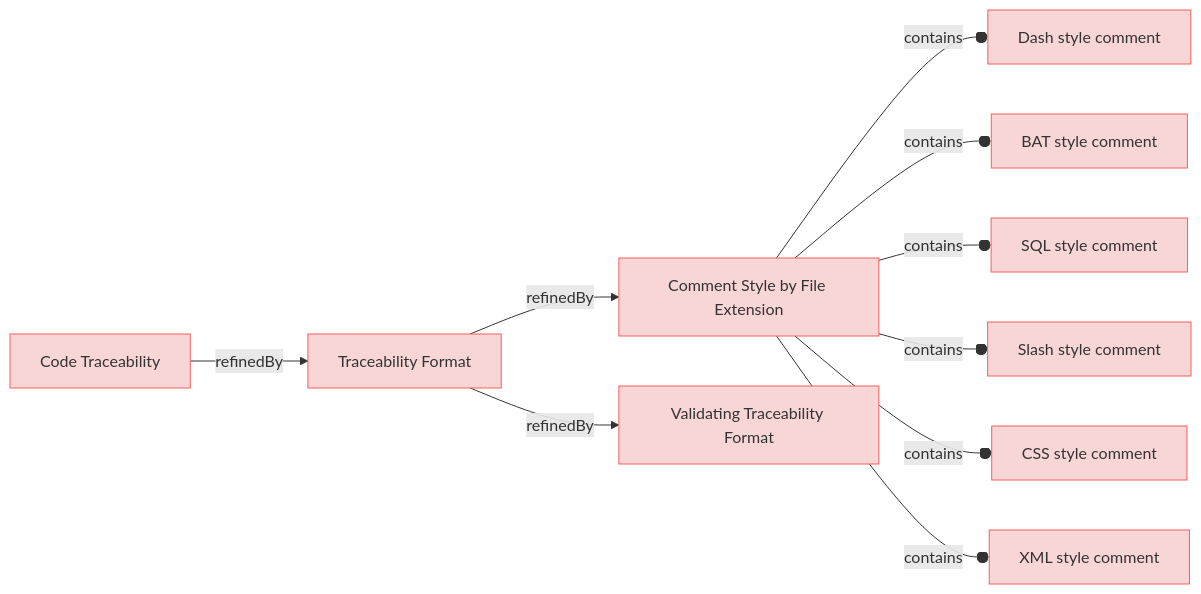
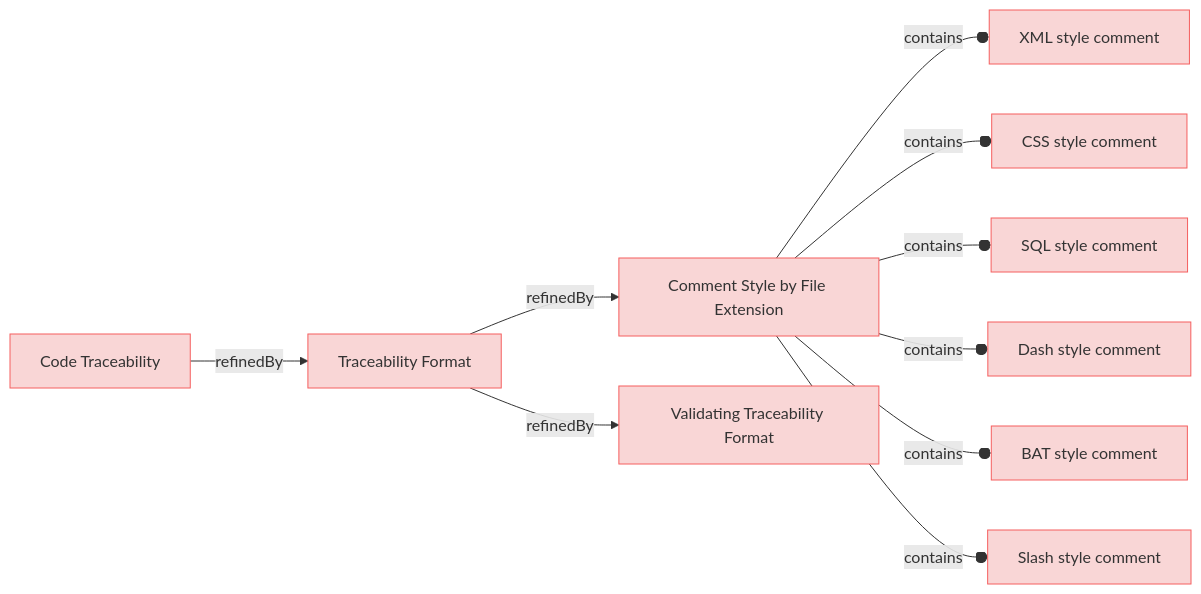
Before and after one commit to reqvire-org/reqvire: the diagram in specifications/CodeTraecabilityRequirements.md, drawn with Mermaid. The commit also changed other lines of this file and 23 other files, not shown here.

````diff
--- a/specifications/CodeTraecabilityRequirements.md
+++ b/specifications/CodeTraecabilityRequirements.md
@@ -4,48 +4,48 @@
 ```mermaid
 graph LR;
   %% Graph styling
   classDef requirement fill:#f9d6d6,stroke:#f55f5f,stroke-width:1px;
   classDef verification fill:#d6f9d6,stroke:#5fd75f,stroke-width:1px;
   classDef externalLink fill:#d0e0ff,stroke:#3080ff,stroke-width:1px;
   classDef default fill:#f5f5f5,stroke:#333333,stroke-width:1px;
 
+  f4c09ad7359812ff["Comment Style by File Extension"];
+  class f4c09ad7359812ff requirement;
+  click f4c09ad7359812ff "CodeTraecabilityRequirements.md#comment-style-by-file-extension";
+  474c97b7d0029622["XML style comment"];
+  class 474c97b7d0029622 requirement;
+  click 474c97b7d0029622 "CodeTraecabilityRequirements.md#xml-style-comment";
+  f4c09ad7359812ff --o|contains| 474c97b7d0029622;
+  a91fc474f292f1c9["CSS style comment"];
+  class a91fc474f292f1c9 requirement;
+  click a91fc474f292f1c9 "CodeTraecabilityRequirements.md#css-style-comment";
+  f4c09ad7359812ff --o|contains| a91fc474f292f1c9;
+  39fc946195c12956["SQL style comment"];
+  class 39fc946195c12956 requirement;
+  click 39fc946195c12956 "CodeTraecabilityRequirements.md#sql-style-comment";
+  f4c09ad7359812ff --o|contains| 39fc946195c12956;
   be41c3d9e39abe6f["Dash style comment"];
   class be41c3d9e39abe6f requirement;
   click be41c3d9e39abe6f "CodeTraecabilityRequirements.md#dash-style-comment";
+  f4c09ad7359812ff --o|contains| be41c3d9e39abe6f;
+  7fdde6a23819450b["BAT style comment"];
+  class 7fdde6a23819450b requirement;
+  click 7fdde6a23819450b "CodeTraecabilityRequirements.md#bat-style-comment";
+  f4c09ad7359812ff --o|contains| 7fdde6a23819450b;
+  99c4cc438042d855["Slash style comment"];
+  class 99c4cc438042d855 requirement;
+  click 99c4cc438042d855 "CodeTraecabilityRequirements.md#slash-style-comment";
+  f4c09ad7359812ff --o|contains| 99c4cc438042d855;
   9314736a59776478["Traceability Format"];
   class 9314736a59776478 requirement;
   click 9314736a59776478 "CodeTraecabilityRequirements.md#traceability-format";
-  f4c09ad7359812ff["Comment Style by File Extension"];
-  class f4c09ad7359812ff requirement;
-  click f4c09ad7359812ff "CodeTraecabilityRequirements.md#comment-style-by-file-extension";
   9314736a59776478 -->|refinedBy| f4c09ad7359812ff;
   3db41d3530e56596["Validating Traceability Format"];
   class 3db41d3530e56596 requirement;
   click 3db41d3530e56596 "CodeTraecabilityRequirements.md#validating-traceability-format";
   9314736a59776478 -->|refinedBy| 3db41d3530e56596;
-  f4c09ad7359812ff --o|contains| be41c3d9e39abe6f;
-  7fdde6a23819450b["BAT style comment"];
-  class 7fdde6a23819450b requirement;
-  click 7fdde6a23819450b "CodeTraecabilityRequirements.md#bat-style-comment";
-  f4c09ad7359812ff --o|contains| 7fdde6a23819450b;
-  39fc946195c12956["SQL style comment"];
-  class 39fc946195c12956 requirement;
-  click 39fc946195c12956 "CodeTraecabilityRequirements.md#sql-style-comment";
-  f4c09ad7359812ff --o|contains| 39fc946195c12956;
-  99c4cc438042d855["Slash style comment"];
-  class 99c4cc438042d855 requirement;
-  click 99c4cc438042d855 "CodeTraecabilityRequirements.md#slash-style-comment";
-  f4c09ad7359812ff --o|contains| 99c4cc438042d855;
-  a91fc474f292f1c9["CSS style comment"];
-  class a91fc474f292f1c9 requirement;
-  click a91fc474f292f1c9 "CodeTraecabilityRequirements.md#css-style-comment";
-  f4c09ad7359812ff --o|contains| a91fc474f292f1c9;
-  474c97b7d0029622["XML style comment"];
-  class 474c97b7d0029622 requirement;
-  click 474c97b7d0029622 "CodeTraecabilityRequirements.md#xml-style-comment";
-  f4c09ad7359812ff --o|contains| 474c97b7d0029622;
   26ca72b617aff229["Code Traceability"];
   class 26ca72b617aff229 requirement;
   click 26ca72b617aff229 "UserRequirements.md#code-traceability";
   26ca72b617aff229 -->|refinedBy| 9314736a59776478;
 ```
````
